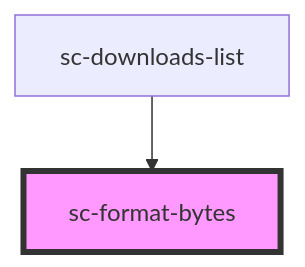
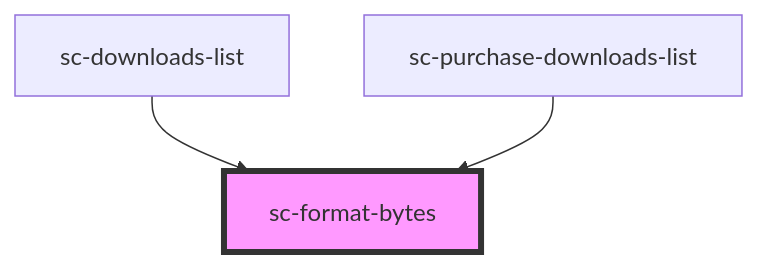
Before and after one commit to surecart/surecart-wp-plugin: the diagram in packages/components/src/components/util/format-bytes/readme.md, drawn with Mermaid. The commit also changed other lines of this file and 68 other files, not shown here.

````diff
--- a/packages/components/src/components/util/format-bytes/readme.md
+++ b/packages/components/src/components/util/format-bytes/readme.md
@@ -25,5 +26,6 @@
 ```mermaid
 graph TD;
   sc-downloads-list --> sc-format-bytes
+  sc-purchase-downloads-list --> sc-format-bytes
   style sc-format-bytes fill:#f9f,stroke:#333,stroke-width:4px
 ```
````
